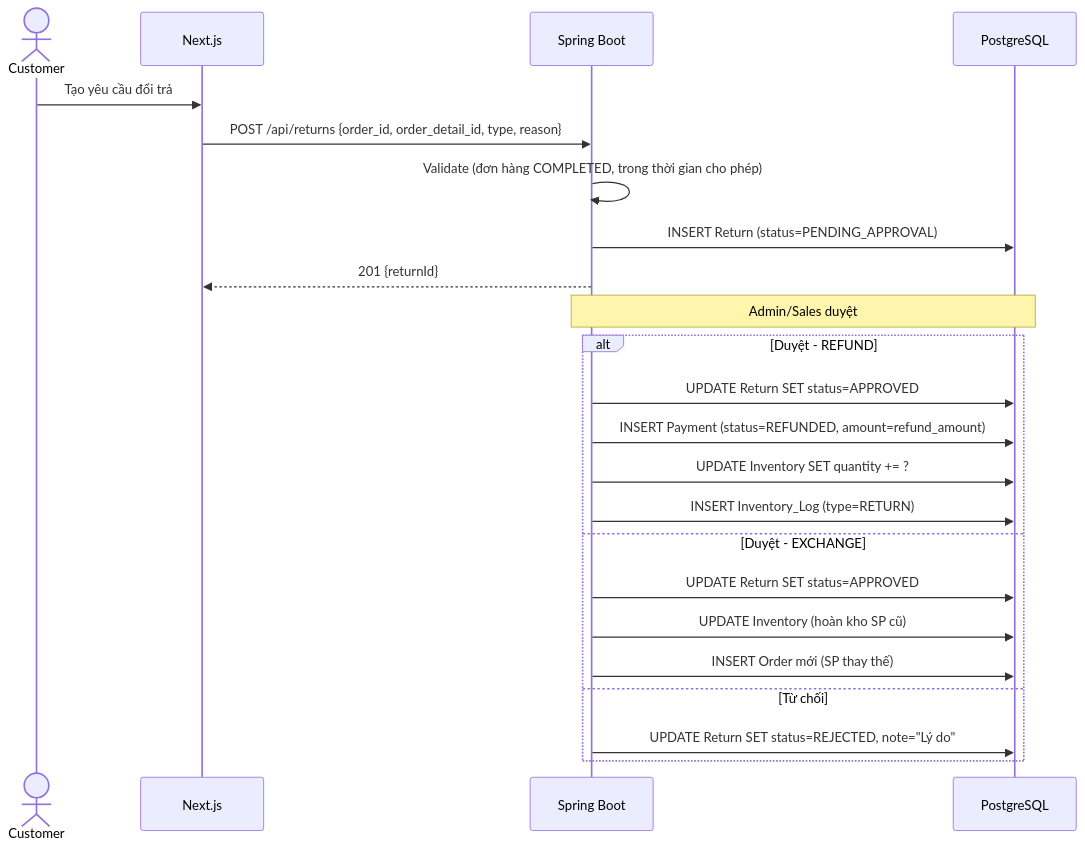
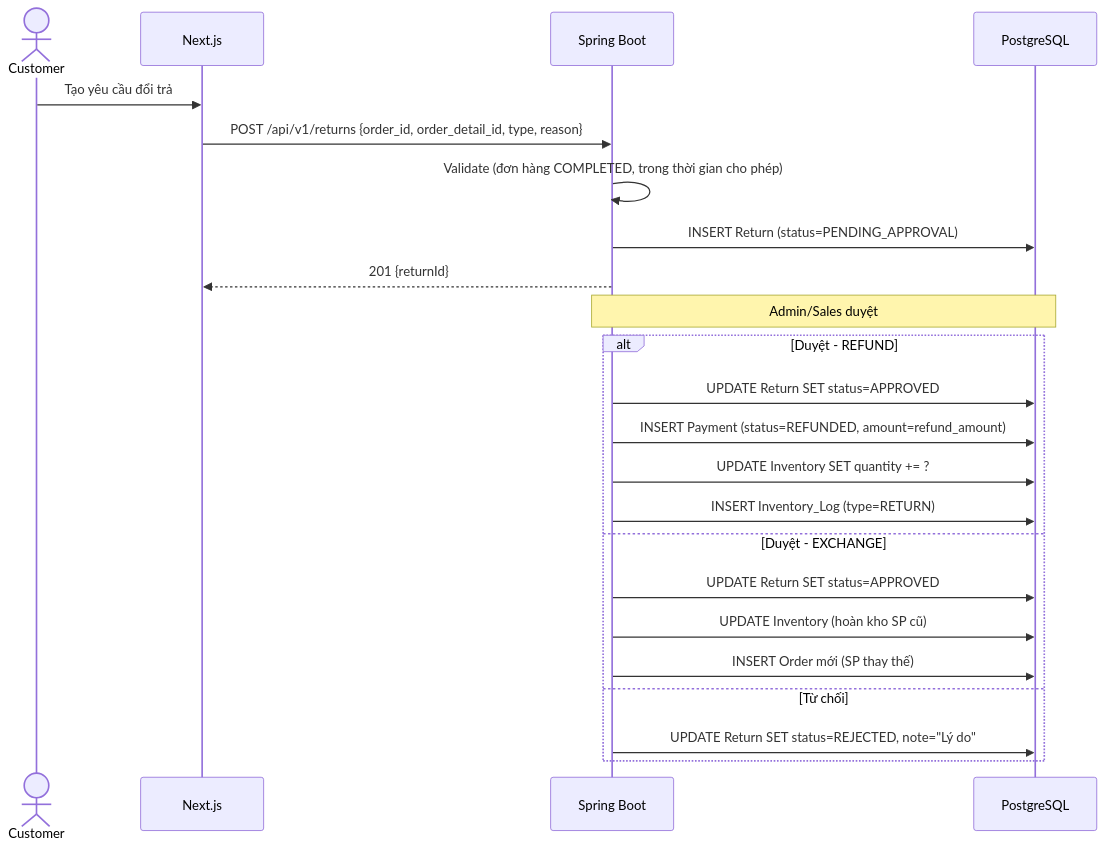
Diagram 19 of 35 in docs/design.md (huuhieu56/PC-Parts-ECommerce), drawn with Mermaid before and after one commit. The commit also changed other lines of this file and 1 other file, not shown here.

````diff
--- a/docs/design.md
+++ b/docs/design.md
@@ -1235,28 +1231,28 @@
 ```mermaid
 sequenceDiagram
     actor Customer
     participant FE as Next.js
     participant BE as Spring Boot
     participant DB as PostgreSQL
 
     Customer->>FE: Tạo yêu cầu đổi trả
-    FE->>BE: POST /api/returns {order_id, order_detail_id, type, reason}
+    FE->>BE: POST /api/v1/returns {order_id, order_detail_id, type, reason}
     BE->>BE: Validate (đơn hàng COMPLETED, trong thời gian cho phép)
     BE->>DB: INSERT Return (status=PENDING_APPROVAL)
     BE-->>FE: 201 {returnId}
 
     Note over BE,DB: Admin/Sales duyệt
 
     alt Duyệt - REFUND
         BE->>DB: UPDATE Return SET status=APPROVED
         BE->>DB: INSERT Payment (status=REFUNDED, amount=refund_amount)
         BE->>DB: UPDATE Inventory SET quantity += ?
         BE->>DB: INSERT Inventory_Log (type=RETURN)
     else Duyệt - EXCHANGE
         BE->>DB: UPDATE Return SET status=APPROVED
         BE->>DB: UPDATE Inventory (hoàn kho SP cũ)
         BE->>DB: INSERT Order mới (SP thay thế)
     else Từ chối
         BE->>DB: UPDATE Return SET status=REJECTED, note="Lý do"
     end
 ```
````
